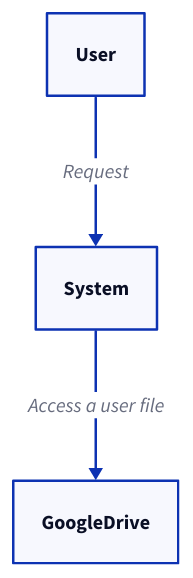
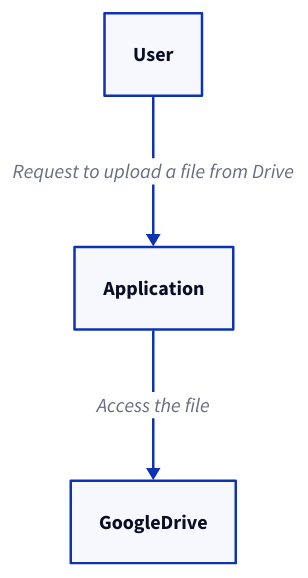
Before and after one commit to link1905/system-design-101: diagram 18 of 25 in content/docs/system-administration/system-protection/iam.md, drawn with D2. The commit also changed other lines of this file and 17 other files, not shown here.

````diff
--- a/content/docs/system-administration/system-protection/iam.md
+++ b/content/docs/system-administration/system-protection/iam.md
@@ -653,13 +697,13 @@
 ```d2
 u: User {
   class: client
 }
-s: System {
+s: Application {
   class: server
 }
 g: GoogleDrive {
   class: google
 }
-u -> s: Request
-s -> g: Access a user file
+u -> s: Request to upload a file from Drive
+s -> g: Access the file
 ```
````
